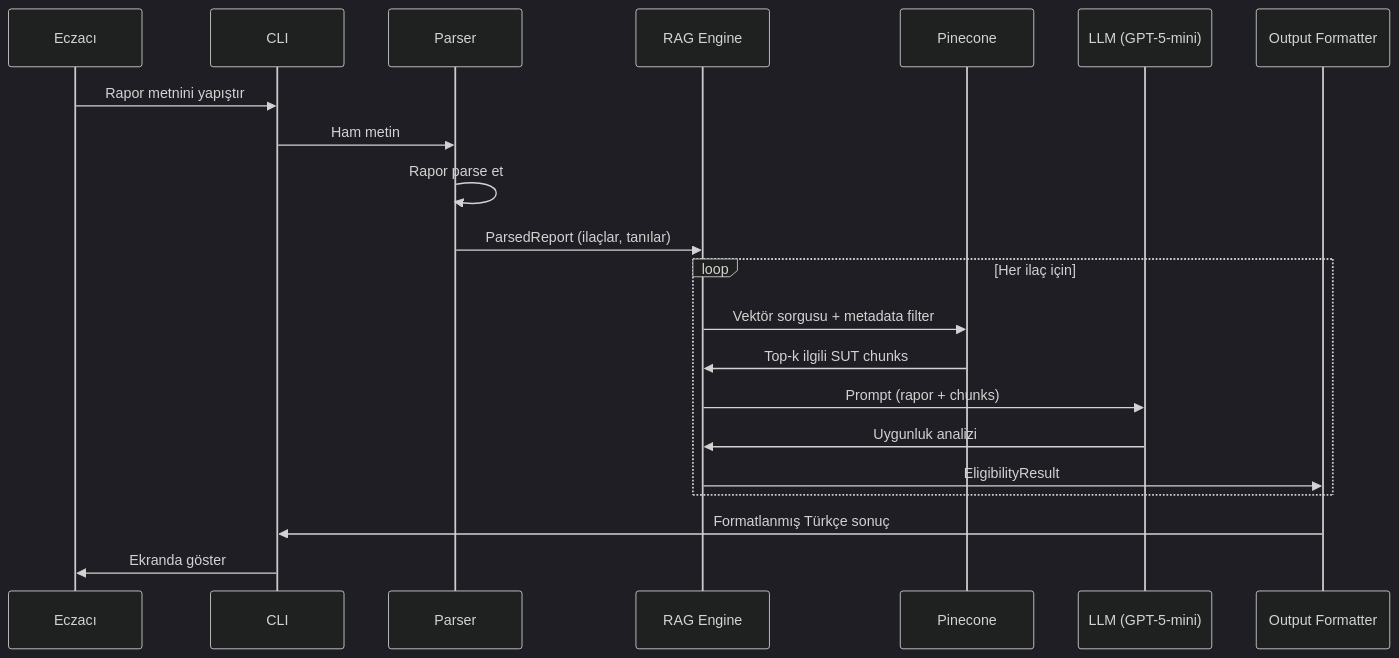
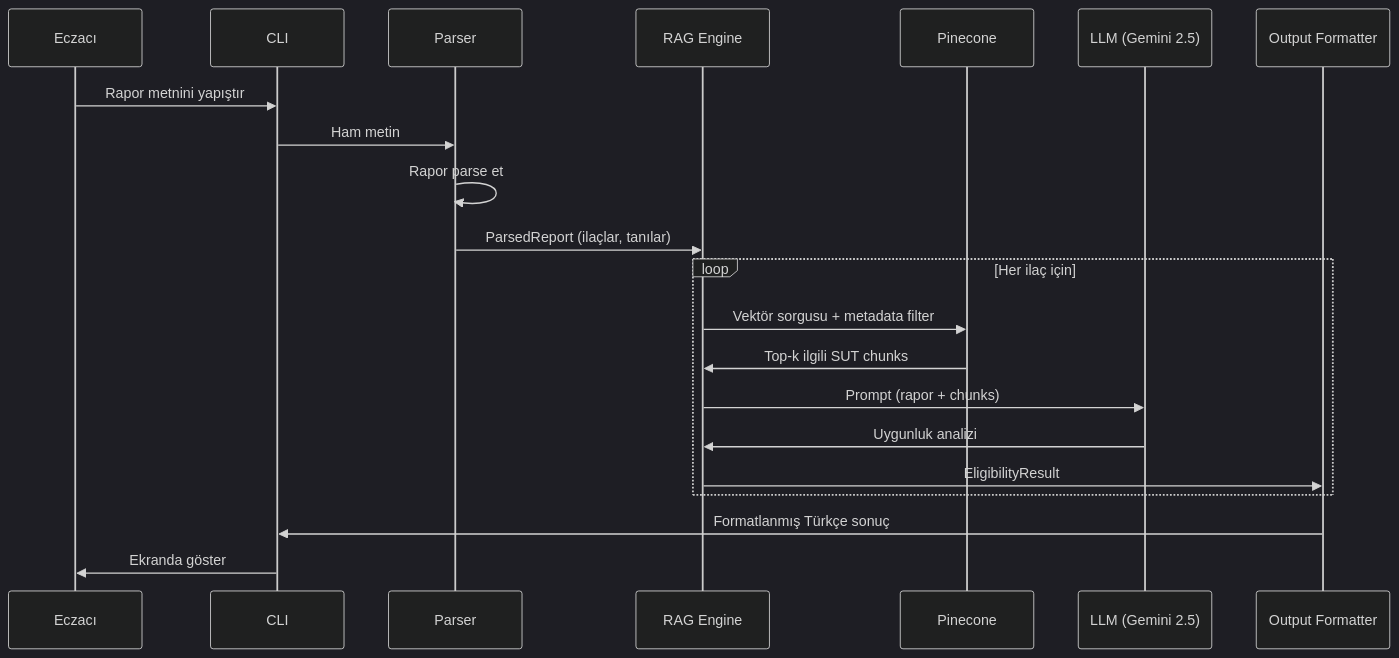
One commit to ozgurgulsoy/Pharmacy-Agent changed the second of 2 diagrams in architecture.md. Above: the diagram before and after it, drawn with Mermaid (dark theme). The commit also changed other lines of this file and 23 other files, not shown here.

````diff
--- a/architecture.md
+++ b/architecture.md
@@ -321,26 +321,26 @@
 ```mermaid
 sequenceDiagram
     participant E as Eczacı
     participant C as CLI
     participant P as Parser
     participant R as RAG Engine
     participant V as Pinecone
-    participant L as LLM (GPT-5-mini)
+    participant L as LLM (Gemini 2.5)
     participant O as Output Formatter
     
     E->>C: Rapor metnini yapıştır
     C->>P: Ham metin
     P->>P: Rapor parse et
     P->>R: ParsedReport (ilaçlar, tanılar)
     
     loop Her ilaç için
         R->>V: Vektör sorgusu + metadata filter
         V->>R: Top-k ilgili SUT chunks
         R->>L: Prompt (rapor + chunks)
         L->>R: Uygunluk analizi
         R->>O: EligibilityResult
     end
     
     O->>C: Formatlanmış Türkçe sonuç
     C->>E: Ekranda göster
 ```
````
